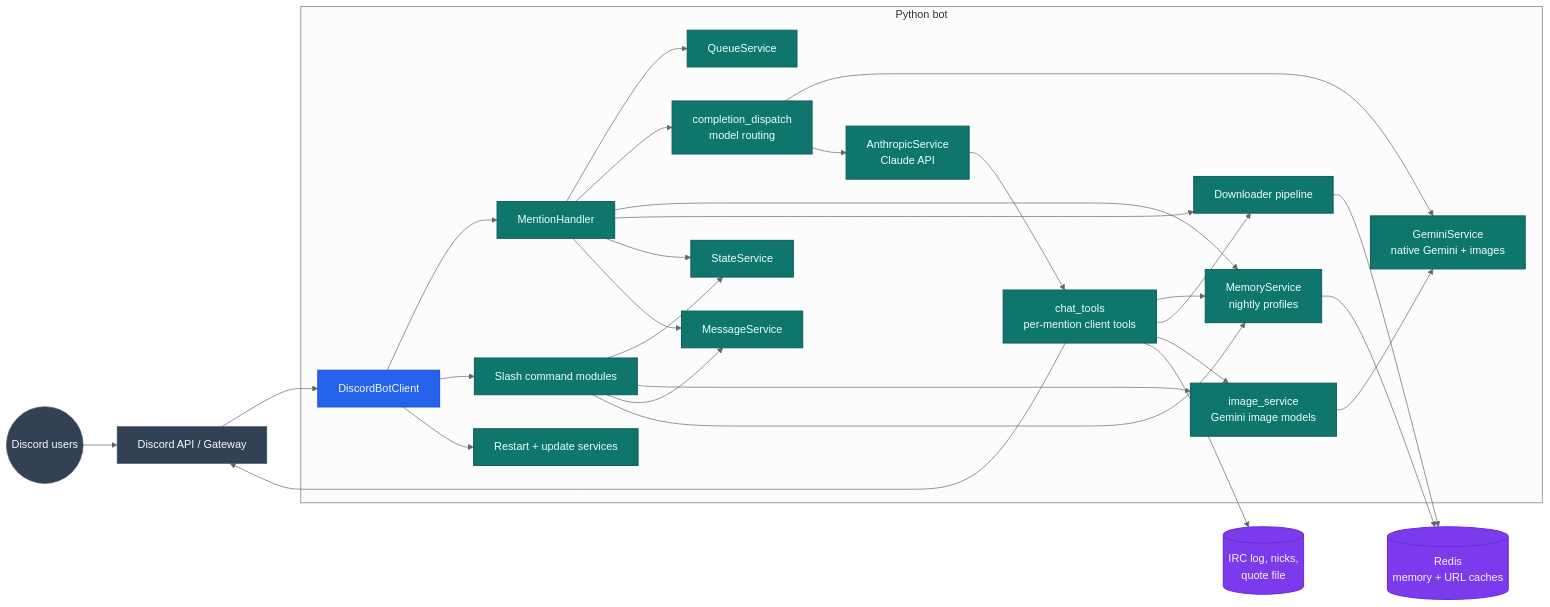
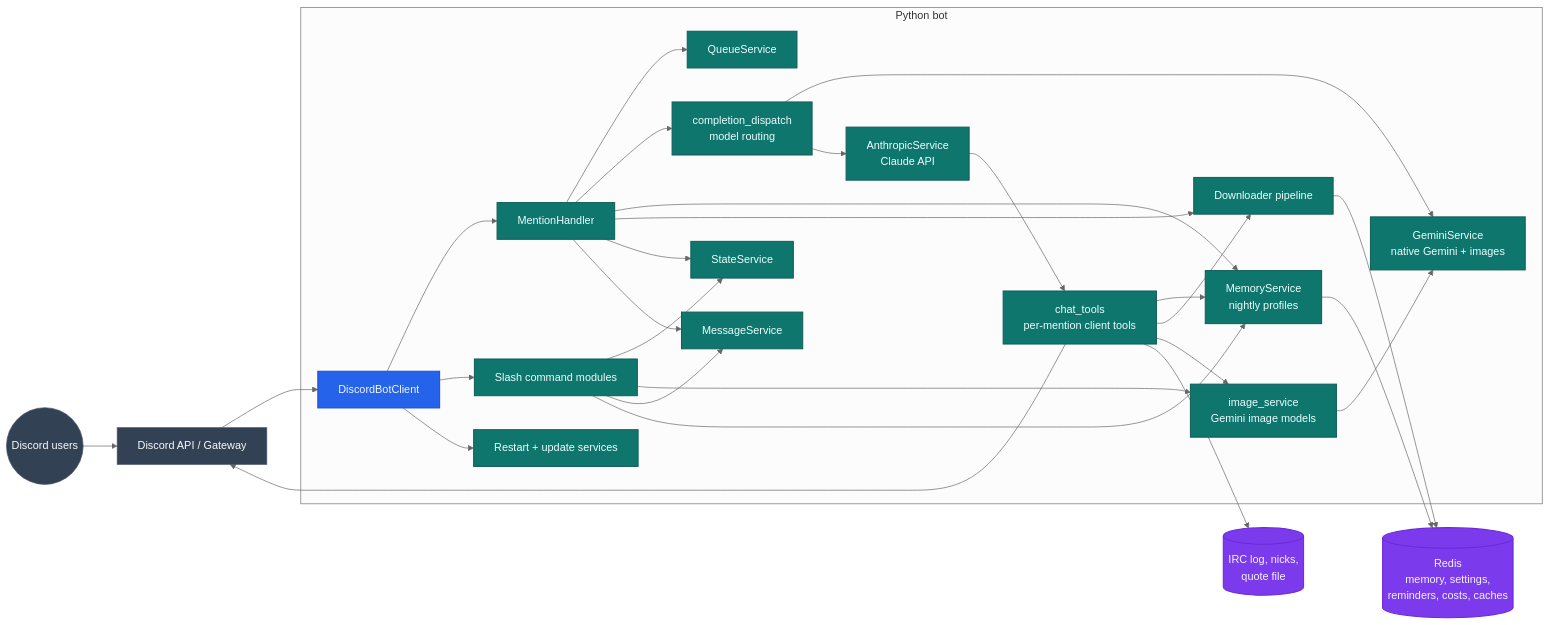
One commit to jobeus/cmwgpt changed the first of 5 diagrams in docs/architecture.md. Above: the diagram before and after it, drawn with Mermaid (neutral theme). The commit also changed other lines of this file and 80 other files, not shown here.

````diff
--- a/docs/architecture.md
+++ b/docs/architecture.md
@@ -30,56 +30,56 @@
 ```mermaid
 flowchart LR
     classDef edge fill:#334155,color:#f8fafc,stroke:#475569,stroke-width:1px;
     classDef bot fill:#2563eb,color:#eff6ff,stroke:#1d4ed8,stroke-width:1.5px;
     classDef service fill:#0f766e,color:#ecfeff,stroke:#115e59,stroke-width:1.5px;
     classDef data fill:#7c3aed,color:#f5f3ff,stroke:#6d28d9,stroke-width:1.5px;
 
     User((Discord users)):::edge --> Discord[Discord API / Gateway]:::edge
 
     subgraph BotApp[Python bot]
         Client[DiscordBotClient]:::bot
         Mention[MentionHandler]:::service
         Commands[Slash command modules]:::service
         Queue[QueueService]:::service
         State[StateService]:::service
         Dispatch[completion_dispatch<br/>model routing]:::service
         Gemini[GeminiService<br/>native Gemini + images]:::service
         Anthropic[AnthropicService<br/>Claude API]:::service
         Tools[chat_tools<br/>per-mention client tools]:::service
         Memory[MemoryService<br/>nightly profiles]:::service
         Images[image_service<br/>Gemini image models]:::service
         Downloader[Downloader pipeline]:::service
         MsgSvc[MessageService]:::service
         Restart[Restart + update services]:::service
     end
 
     Discord --> Client
     Client --> Mention
     Client --> Commands
     Mention --> Queue
     Mention --> Dispatch
     Dispatch --> Gemini
     Dispatch --> Anthropic
     Mention --> Memory
     Mention --> Downloader
     Mention --> State
     Mention --> MsgSvc
     Commands --> State
     Commands --> Images
     Images --> Gemini
     Commands --> MsgSvc
     Client --> Restart
 
     Commands --> Memory
     Anthropic --> Tools
     Tools --> Memory
     Tools --> Downloader
     Tools --> Images
 
-    Cache[(Redis<br/>memory + URL caches)]:::data
+    Cache[(Redis<br/>memory, settings,<br/>reminders, costs, caches)]:::data
     Files[(IRC log, nicks,<br/>quote file)]:::data
     Memory --> Cache
     Downloader --> Cache
     Tools --> Files
     Tools --> Discord
 ```
````
